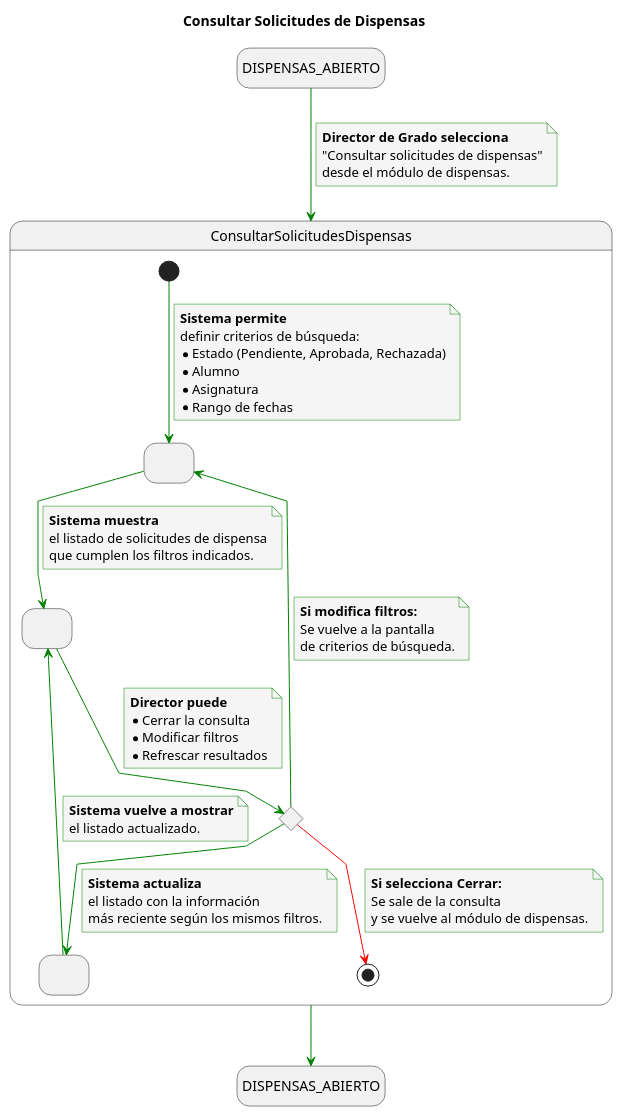
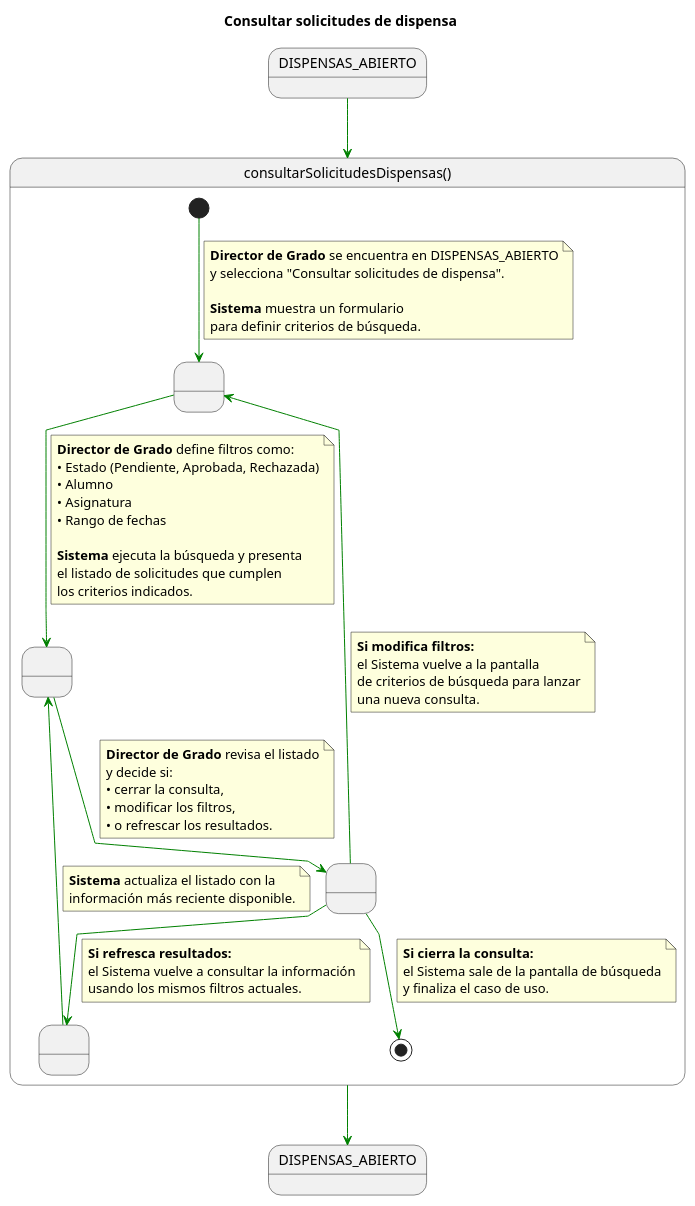
Before and after one commit to enmabry/25-26-IdSw1-SdR: the diagram in documents/CasosDeUso/DetalladoCasosDeUso/DirectorDeGrado/ConsultarSolicitudesDispensas.puml, drawn with PlantUML. The commit also changed 7 other files, not shown here.

Commit message:
Update GuardarSolicitud diagram: enhance visual clarity and detail for the "Guardar solicitud de dispensa" process, including improved layout and additional descriptive text.

```diff
--- a/documents/CasosDeUso/DetalladoCasosDeUso/DirectorDeGrado/ConsultarSolicitudesDispensas.puml
+++ b/documents/CasosDeUso/DetalladoCasosDeUso/DirectorDeGrado/ConsultarSolicitudesDispensas.puml
@@ -1,91 +1,78 @@
 @startuml
-title Consultar Solicitudes de Dispensas
+title Consultar solicitudes de dispensa
+skinparam linetype polyline
 
-skinparam {
-    NoteBackgroundColor #whiteSmoke
-    ArrowColor #green
-    NoteBorderColor #green
-    linetype polyline
-}
+state DISPENSAS_ABIERTO_INICIAL as "DISPENSAS_ABIERTO"
+state DISPENSAS_ABIERTO_FINAL   as "DISPENSAS_ABIERTO"
 
-hide empty description
+DISPENSAS_ABIERTO_INICIAL -[#green]-> consultarSolicitudesDispensas
 
-state startState as "DISPENSAS_ABIERTO"
-state endState as "DISPENSAS_ABIERTO"
+state consultarSolicitudesDispensas as "consultarSolicitudesDispensas()" {
 
-startState --> ConsultarSolicitudesDispensas
-note on link
-    <b>Director de Grado selecciona</b>
-    "Consultar solicitudes de dispensas"
-    desde el módulo de dispensas.
-end note
+    state " " as DefinirFiltros
+    state " " as MostrarListado
+    state " " as RevisarOpciones
+    state " " as RefrescarResultados
 
-state ConsultarSolicitudesDispensas {
-    state DefinirFiltros as " "
-    state MostrarListado as " "
-    state FinalizarOpciones <<choice>>
+    [*] -[#green]-> DefinirFiltros
+    note on link
+      <b>Director de Grado</b> se encuentra en DISPENSAS_ABIERTO
+      y selecciona "Consultar solicitudes de dispensa".
 
-    ' 1. Definición de filtros de búsqueda
-    [*] --> DefinirFiltros
-    note on link
-        <b>Sistema permite</b>
-        definir criterios de búsqueda:
-        * Estado (Pendiente, Aprobada, Rechazada)
-        * Alumno
-        * Asignatura
-        * Rango de fechas
+      <b>Sistema</b> muestra un formulario
+      para definir criterios de búsqueda.
     end note
 
-    ' 2. Visualización del listado resultante
-    DefinirFiltros --> MostrarListado
+    DefinirFiltros -[#green]-> MostrarListado
     note on link
-        <b>Sistema muestra</b>
-        el listado de solicitudes de dispensa
-        que cumplen los filtros indicados.
+      <b>Director de Grado</b> define filtros como:
+      • Estado (Pendiente, Aprobada, Rechazada)
+      • Alumno
+      • Asignatura
+      • Rango de fechas
+
+      <b>Sistema</b> ejecuta la búsqueda y presenta
+      el listado de solicitudes que cumplen
+      los criterios indicados.
     end note
 
-    ' 3. Opciones finales: cerrar, cambiar filtros, refrescar
-    MostrarListado --> FinalizarOpciones
+    MostrarListado -[#green]-> RevisarOpciones
     note on link
-        <b>Director puede</b>
-        * Cerrar la consulta
-        * Modificar filtros
-        * Refrescar resultados
+      <b>Director de Grado</b> revisa el listado
+      y decide si:
+      • cerrar la consulta,
+      • modificar los filtros,
+      • o refrescar los resultados.
     end note
 
-    ' --- FLUJO ALTERNATIVO (Cerrar - Camino Rojo) ---
-    FinalizarOpciones -[#red]-> [*]
+    RevisarOpciones -[#green]-> DefinirFiltros
     note on link
-        <b>Si selecciona Cerrar:</b>
-        Se sale de la consulta
-        y se vuelve al módulo de dispensas.
+      <b>Si modifica filtros:</b>
+      el Sistema vuelve a la pantalla
+      de criterios de búsqueda para lanzar
+      una nueva consulta.
     end note
 
-    ' --- FLUJO ALTERNATIVO (Modificar filtros) ---
-    FinalizarOpciones --> DefinirFiltros
+    RevisarOpciones -[#green]-> RefrescarResultados
     note on link
-        <b>Si modifica filtros:</b>
-        Se vuelve a la pantalla
-        de criterios de búsqueda.
+      <b>Si refresca resultados:</b>
+      el Sistema vuelve a consultar la información
+      usando los mismos filtros actuales.
     end note
 
-    ' --- FLUJO BÁSICO (Refrescar resultados) ---
-    FinalizarOpciones --> RefrescarResultados
-
-    state RefrescarResultados as " "
+    RefrescarResultados -[#green]-> MostrarListado
     note on link
-        <b>Sistema actualiza</b>
-        el listado con la información
-        más reciente según los mismos filtros.
+      <b>Sistema</b> actualiza el listado con la
+      información más reciente disponible.
     end note
 
-    RefrescarResultados --> MostrarListado
+    RevisarOpciones -[#green]-> [*]
     note on link
-        <b>Sistema vuelve a mostrar</b>
-        el listado actualizado.
+      <b>Si cierra la consulta:</b>
+      el Sistema sale de la pantalla de búsqueda
+      y finaliza el caso de uso.
     end note
 }
 
-ConsultarSolicitudesDispensas --> endState
-
+consultarSolicitudesDispensas -[#green]-> DISPENSAS_ABIERTO_FINAL
 @enduml
```
